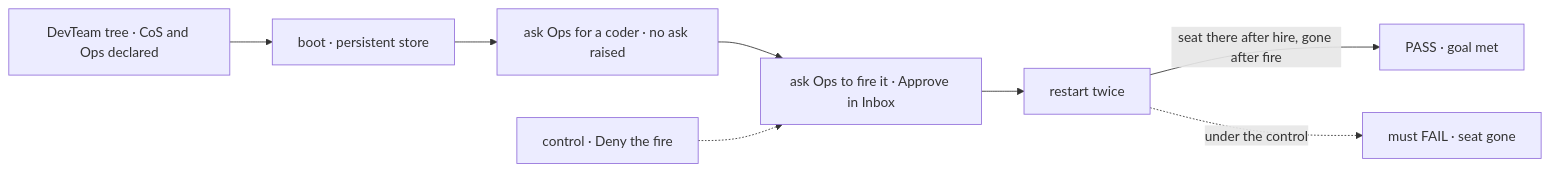
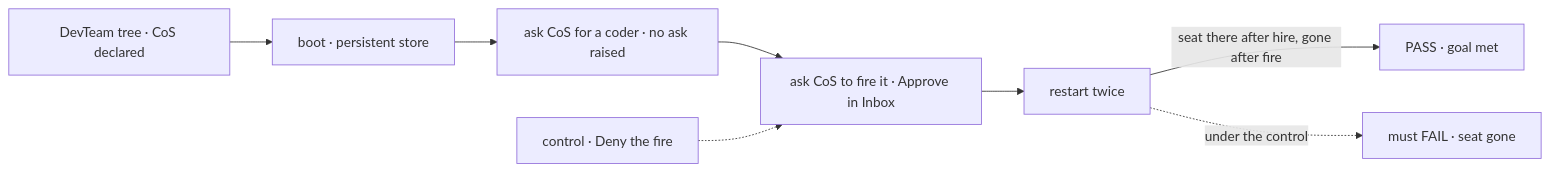
The first of 2 diagrams in specs/issues/FIX-1719/SPEC.md (fixpoint-labs/flow-state-dev), drawn with Mermaid before and after one commit. The commit also changed other lines of this file and 9 other files, not shown here.

First line of the commit message:
spec(FIX-1719): one org admin seat — CoS holds hire and fire, Ops dropped

````diff
--- a/specs/issues/FIX-1719/SPEC.md
+++ b/specs/issues/FIX-1719/SPEC.md
@@ -31,10 +32,10 @@
 ```mermaid
 flowchart LR
-  T["DevTeam tree · CoS and Ops declared"] --> B["boot · persistent store"]
-  B --> H["ask Ops for a coder · no ask raised"]
-  H --> F["ask Ops to fire it · Approve in Inbox"]
+  T["DevTeam tree · CoS declared"] --> B["boot · persistent store"]
+  B --> H["ask CoS for a coder · no ask raised"]
+  H --> F["ask CoS to fire it · Approve in Inbox"]
   F --> R["restart twice"]
   R -->|"seat there after hire, gone after fire"| P["PASS · goal met"]
   C["control · Deny the fire"] -.-> F
   R -.->|"under the control"| X["must FAIL · seat gone"]
 ```
````
